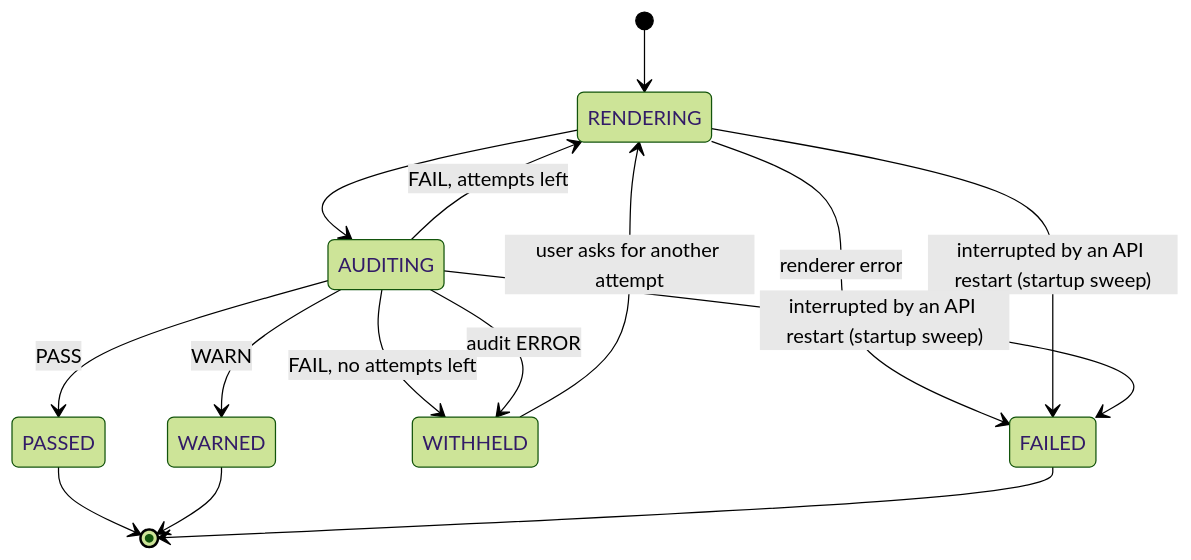
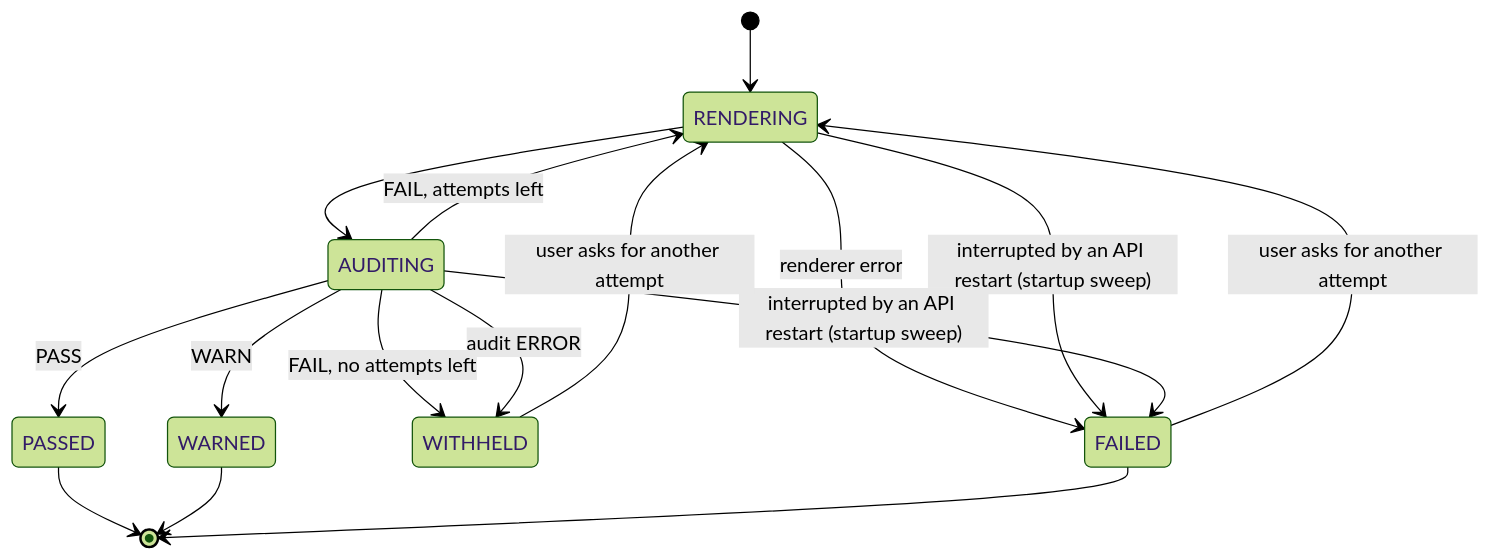
One commit to Katlego-tech/Panelwise changed the third of 3 diagrams in docs/design/verify.md. Above: the diagram before and after it, drawn with Mermaid (forest theme). The commit also changed other lines of this file and 3 other files, not shown here.

First line of the commit message:
docs(storyboard): T066 one failed frame no longer stops the storyboard; Try another render on a failed frame

````diff
--- a/docs/design/verify.md
+++ b/docs/design/verify.md
@@ -184,17 +184,18 @@
 ```mermaid
 stateDiagram-v2
     [*] --> RENDERING
     RENDERING --> AUDITING
     AUDITING --> PASSED: PASS
     AUDITING --> WARNED: WARN
     AUDITING --> RENDERING: FAIL, attempts left
     AUDITING --> WITHHELD: FAIL, no attempts left
     AUDITING --> WITHHELD: audit ERROR
     RENDERING --> FAILED: renderer error
     RENDERING --> FAILED: interrupted by an API restart (startup sweep)
     AUDITING --> FAILED: interrupted by an API restart (startup sweep)
     WITHHELD --> RENDERING: user asks for another attempt
+    FAILED --> RENDERING: user asks for another attempt
     PASSED --> [*]
     WARNED --> [*]
     FAILED --> [*]
 ```
````
